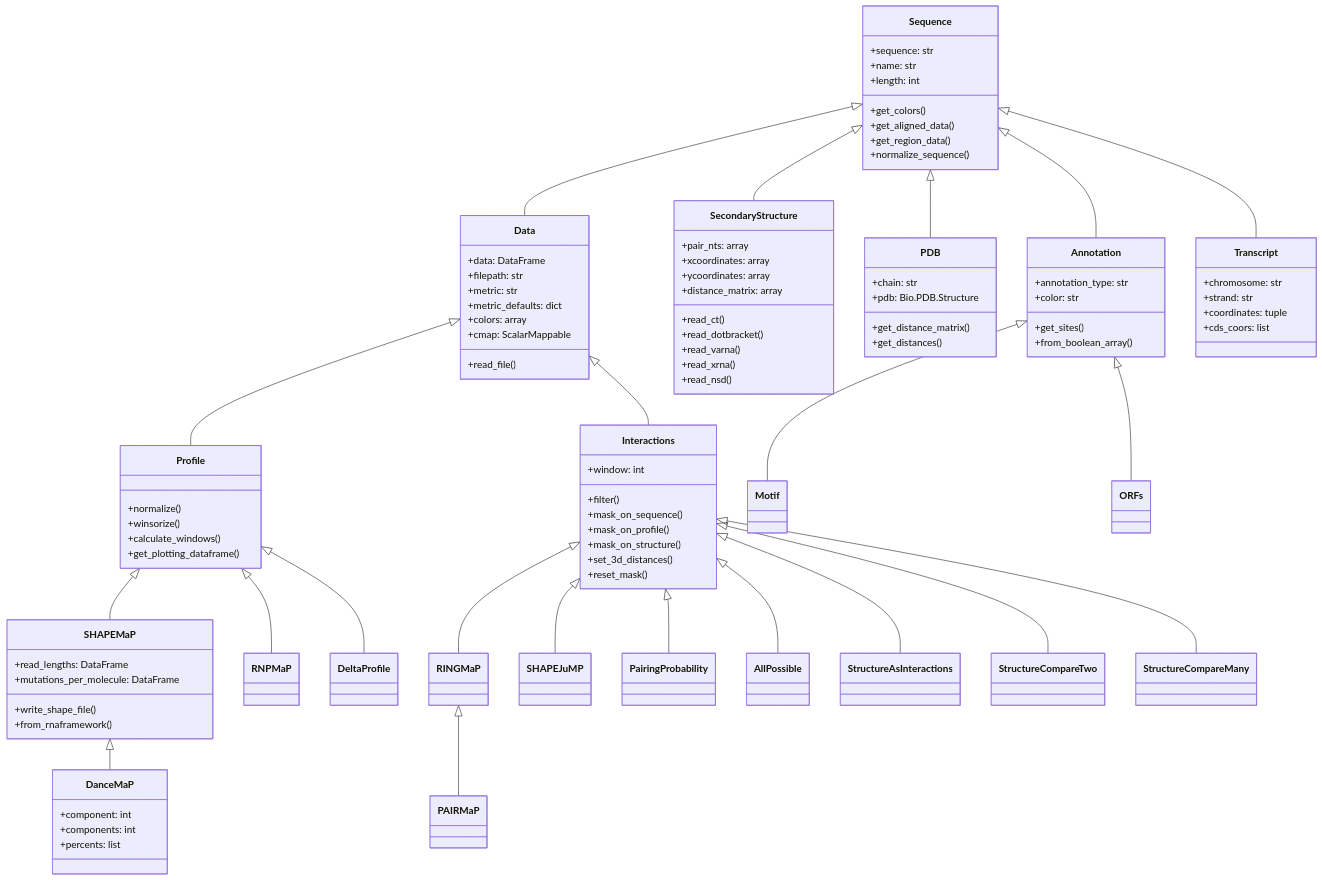
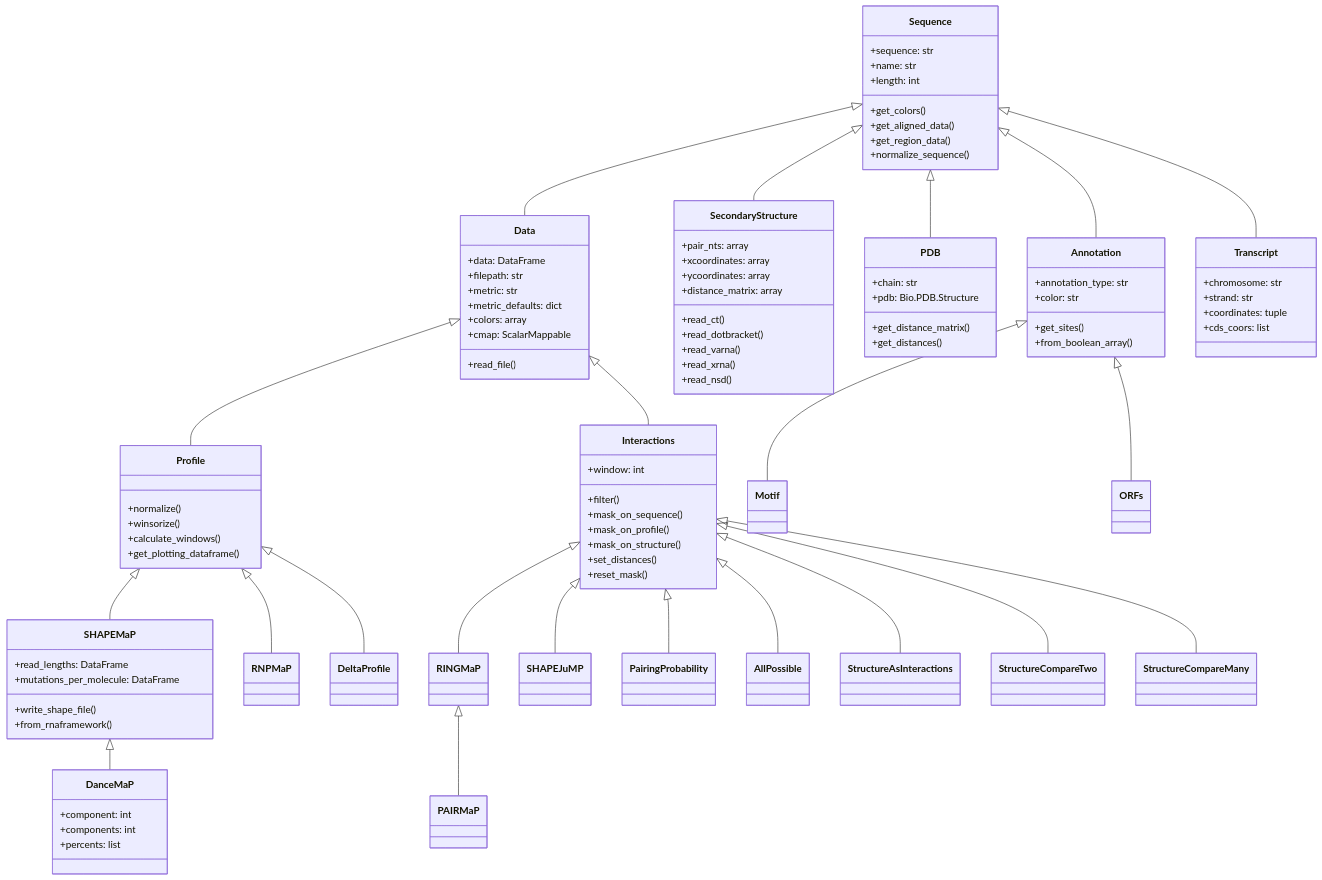
The second of 7 diagrams in ARCHITECTURE.md (Weeks-UNC/RNAvigate), drawn with Mermaid before and after one commit. The commit also changed other lines of this file and 6 other files, not shown here.

```diff
--- a/ARCHITECTURE.md
+++ b/ARCHITECTURE.md
@@ -456,7 +469,7 @@
         +mask_on_sequence()
         +mask_on_profile()
         +mask_on_structure()
-        +set_3d_distances()
+        +set_distances()
         +reset_mask()
     }
 
```
